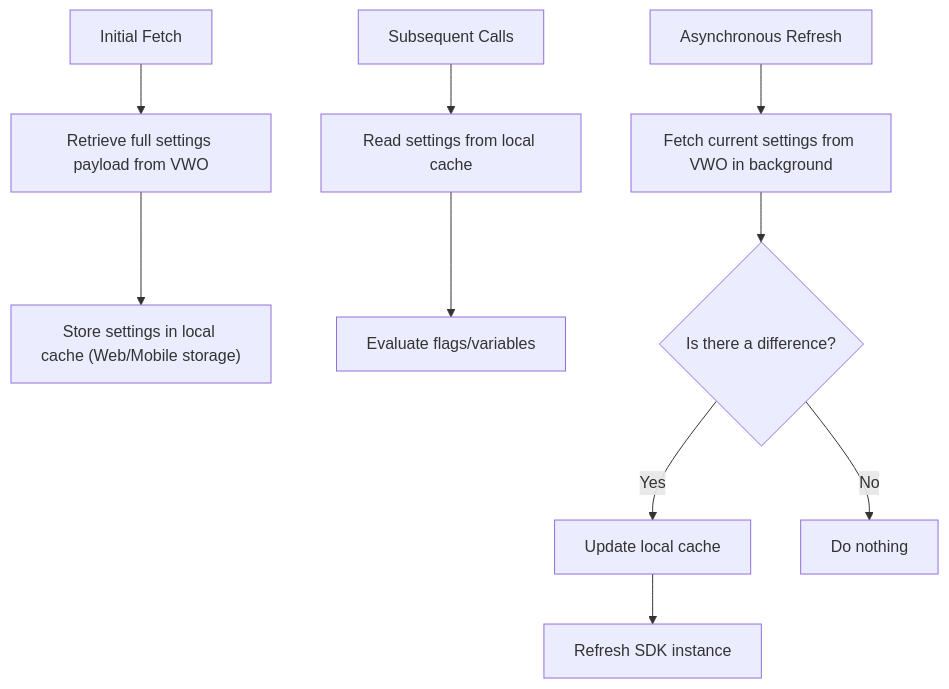
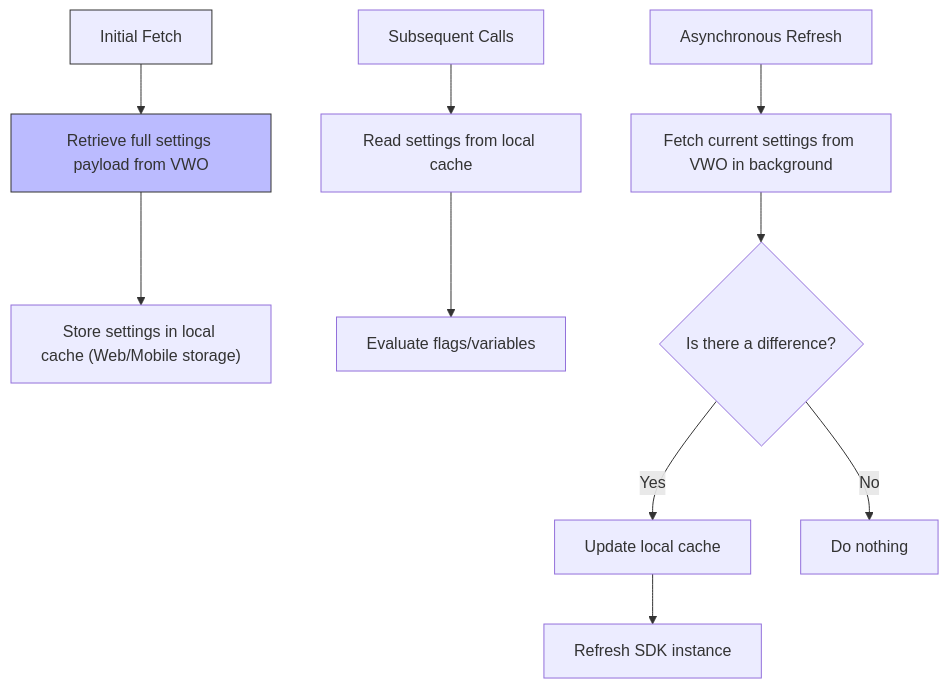
Before and after one commit to wingify/readme-central: the first of 3 diagrams in docs/Concepts/fme-sdks-caching.md, drawn with Mermaid.

Commit message:
Update doc `fme-sdks-caching`

````diff
--- a/docs/Concepts/fme-sdks-caching.md
+++ b/docs/Concepts/fme-sdks-caching.md
@@ -50,17 +50,19 @@
 ```mermaid
 flowchart TD
     A[Initial Fetch] --> B[Retrieve full settings payload from VWO]
     B --> C["Store settings in local cache (Web/Mobile storage)"]
 
     D[Subsequent Calls] --> E[Read settings from local cache]
     E --> F[Evaluate flags/variables]
 
     G[Asynchronous Refresh] --> H[Fetch current settings from VWO in background]
     H --> I{Is there a difference?}
     I -- Yes --> J[Update local cache]
     J --> K[Refresh SDK instance]
     I -- No --> L[Do nothing]
 
-
+    style A fill:#E1BEE7,stroke:#333,stroke-width:1px
+    style B fill:#bbf,stroke:#333,stroke-width:1px
+    style A fill:#green,stroke:#333,stroke-width:1px
 
 ```
````
